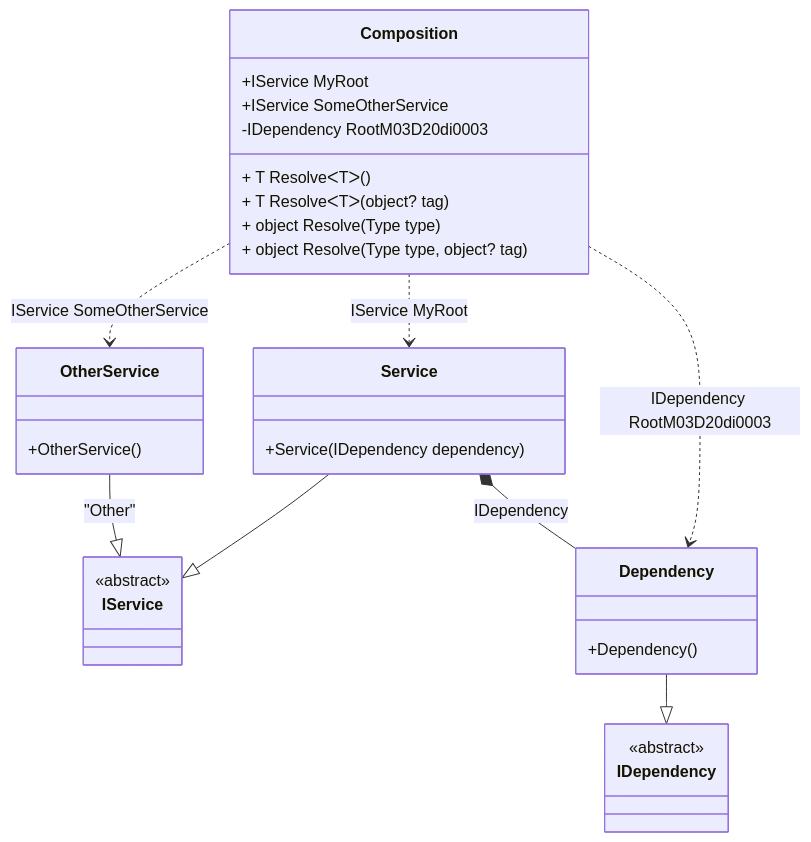
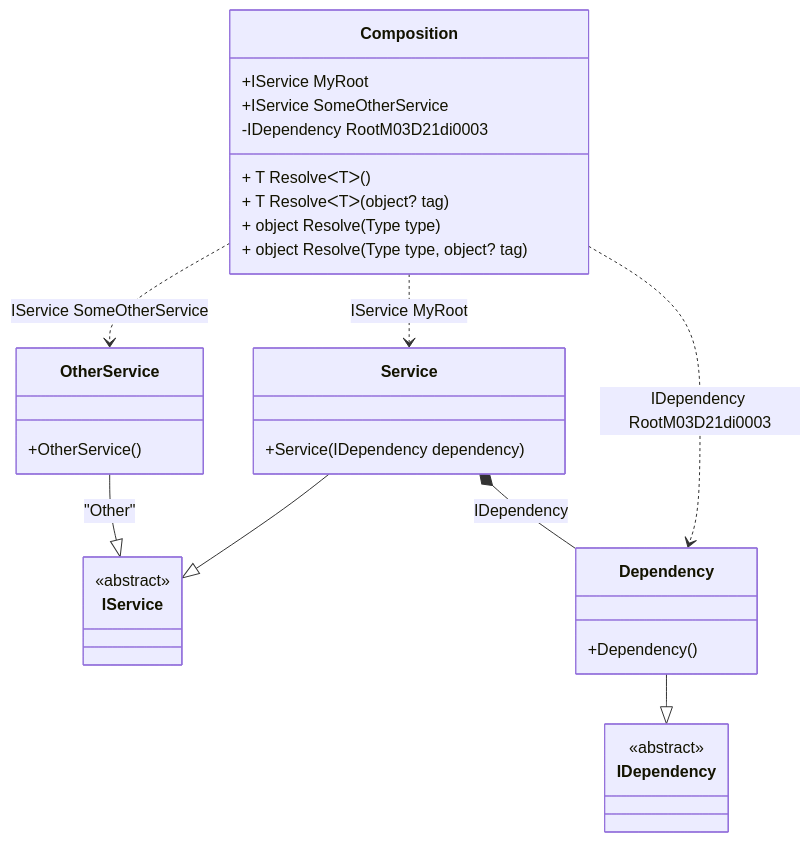
One commit to DevTeam/Pure.DI changed the diagram in readme/composition-roots.md. Above: the diagram before and after it, drawn with Mermaid. The commit also changed other lines of this file and 75 other files, not shown here.

````diff
--- a/readme/composition-roots.md
+++ b/readme/composition-roots.md
@@ -69,34 +69,34 @@
 ```mermaid
 classDiagram
   class Composition {
     +IService MyRoot
     +IService SomeOtherService
-    -IDependency RootM03D20di0003
+    -IDependency RootM03D21di0003
     + T ResolveᐸTᐳ()
     + T ResolveᐸTᐳ(object? tag)
     + object Resolve(Type type)
     + object Resolve(Type type, object? tag)
   }
   Service --|> IService : 
   class Service {
     +Service(IDependency dependency)
   }
   OtherService --|> IService : "Other" 
   class OtherService {
     +OtherService()
   }
   Dependency --|> IDependency : 
   class Dependency {
     +Dependency()
   }
   class IService {
     <<abstract>>
   }
   class IDependency {
     <<abstract>>
   }
   Service *--  Dependency : IDependency
   Composition ..> OtherService : IService SomeOtherService
   Composition ..> Service : IService MyRoot
-  Composition ..> Dependency : IDependency RootM03D20di0003
+  Composition ..> Dependency : IDependency RootM03D21di0003
 ```
````
